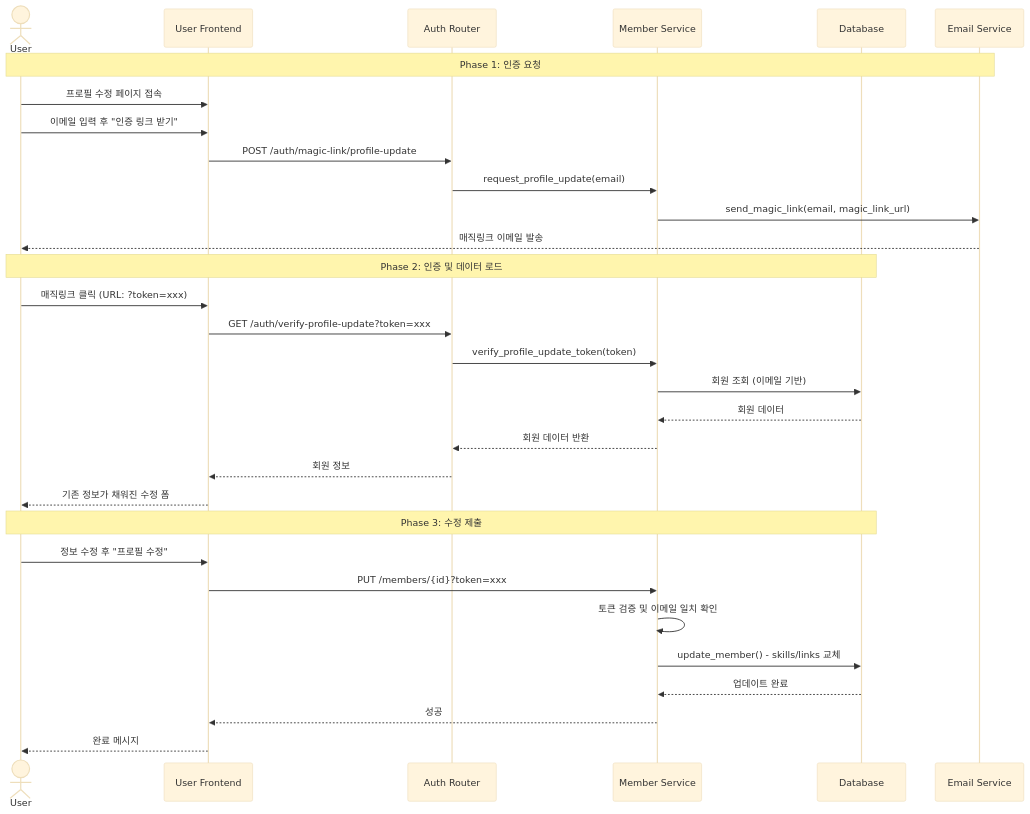
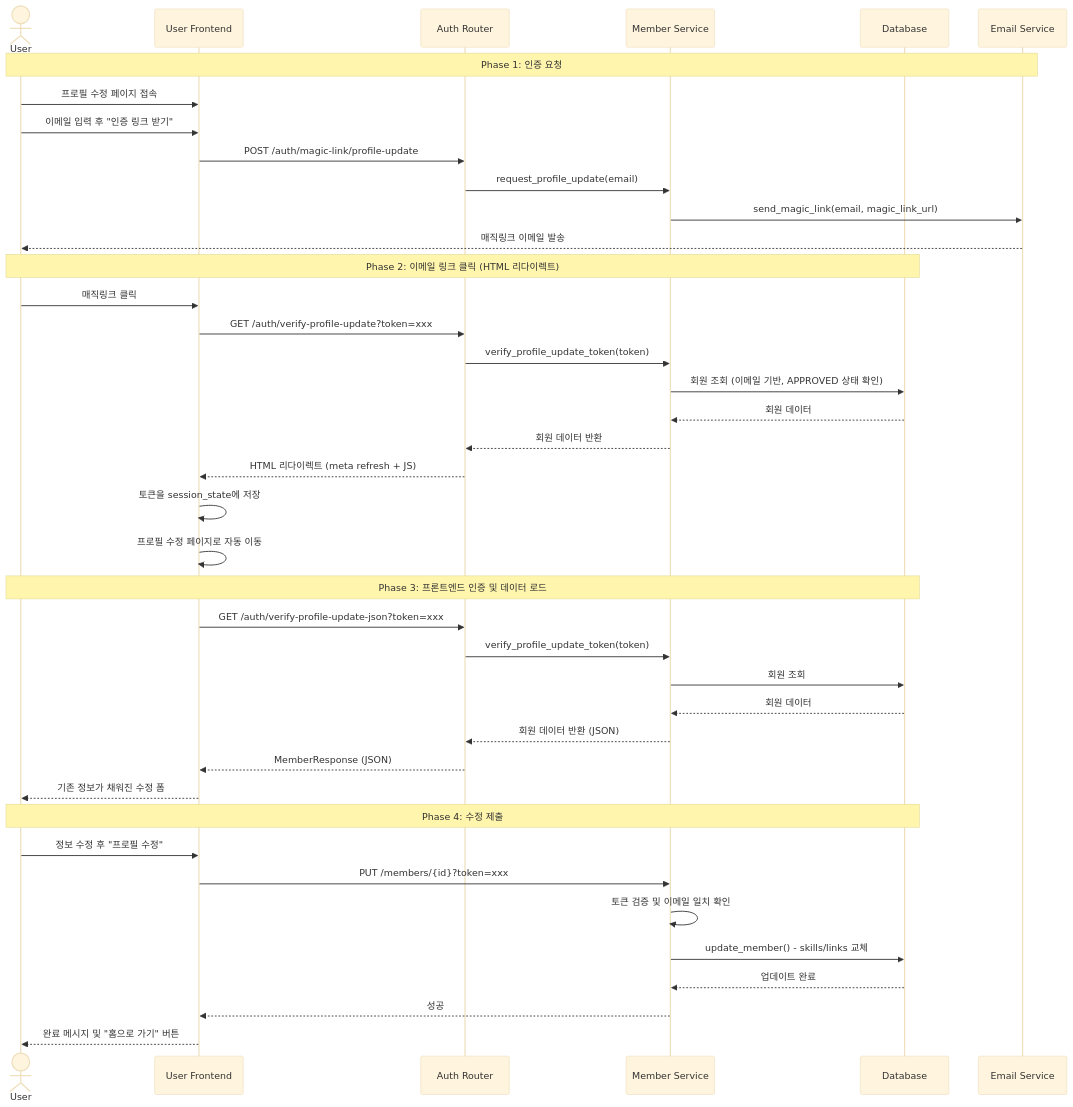
Before and after one commit to jaram-plus/home-docs: the diagram in docs-finalized/profile-update-sequence.md, drawn with Mermaid (base theme). The commit also changed other lines of this file and 1 other file, not shown here.

First line of the commit message:
Add profile update implementation documentation

````diff
--- a/docs-finalized/profile-update-sequence.md
+++ b/docs-finalized/profile-update-sequence.md
@@ -5,36 +5,46 @@
 ```mermaid
 sequenceDiagram
     actor User
     participant Frontend as User Frontend
     participant Auth as Auth Router
     participant Member as Member Service
     participant DB as Database
     participant Email as Email Service
 
     Note over User, Email: Phase 1: 인증 요청
     User->>Frontend: 프로필 수정 페이지 접속
     User->>Frontend: 이메일 입력 후 "인증 링크 받기"
     Frontend->>Auth: POST /auth/magic-link/profile-update
     Auth->>Member: request_profile_update(email)
     Member->>Email: send_magic_link(email, magic_link_url)
     Email-->>User: 매직링크 이메일 발송
 
-    Note over User, DB: Phase 2: 인증 및 데이터 로드
-    User->>Frontend: 매직링크 클릭 (URL: ?token=xxx)
+    Note over User, DB: Phase 2: 이메일 링크 클릭 (HTML 리다이렉트)
+    User->>Frontend: 매직링크 클릭
     Frontend->>Auth: GET /auth/verify-profile-update?token=xxx
     Auth->>Member: verify_profile_update_token(token)
-    Member->>DB: 회원 조회 (이메일 기반)
+    Member->>DB: 회원 조회 (이메일 기반, APPROVED 상태 확인)
     DB-->>Member: 회원 데이터
     Member-->>Auth: 회원 데이터 반환
-    Auth-->>Frontend: 회원 정보
+    Auth-->>Frontend: HTML 리다이렉트 (meta refresh + JS)
+    Frontend->>Frontend: 토큰을 session_state에 저장
+    Frontend->>Frontend: 프로필 수정 페이지로 자동 이동
+
+    Note over User, DB: Phase 3: 프론트엔드 인증 및 데이터 로드
+    Frontend->>Auth: GET /auth/verify-profile-update-json?token=xxx
+    Auth->>Member: verify_profile_update_token(token)
+    Member->>DB: 회원 조회
+    DB-->>Member: 회원 데이터
+    Member-->>Auth: 회원 데이터 반환 (JSON)
+    Auth-->>Frontend: MemberResponse (JSON)
     Frontend-->>User: 기존 정보가 채워진 수정 폼
 
-    Note over User, DB: Phase 3: 수정 제출
+    Note over User, DB: Phase 4: 수정 제출
     User->>Frontend: 정보 수정 후 "프로필 수정"
     Frontend->>Member: PUT /members/{id}?token=xxx
     Member->>Member: 토큰 검증 및 이메일 일치 확인
     Member->>DB: update_member() - skills/links 교체
     DB-->>Member: 업데이트 완료
     Member-->>Frontend: 성공
-    Frontend-->>User: 완료 메시지
+    Frontend-->>User: 완료 메시지 및 "홈으로 가기" 버튼
 ```
````
